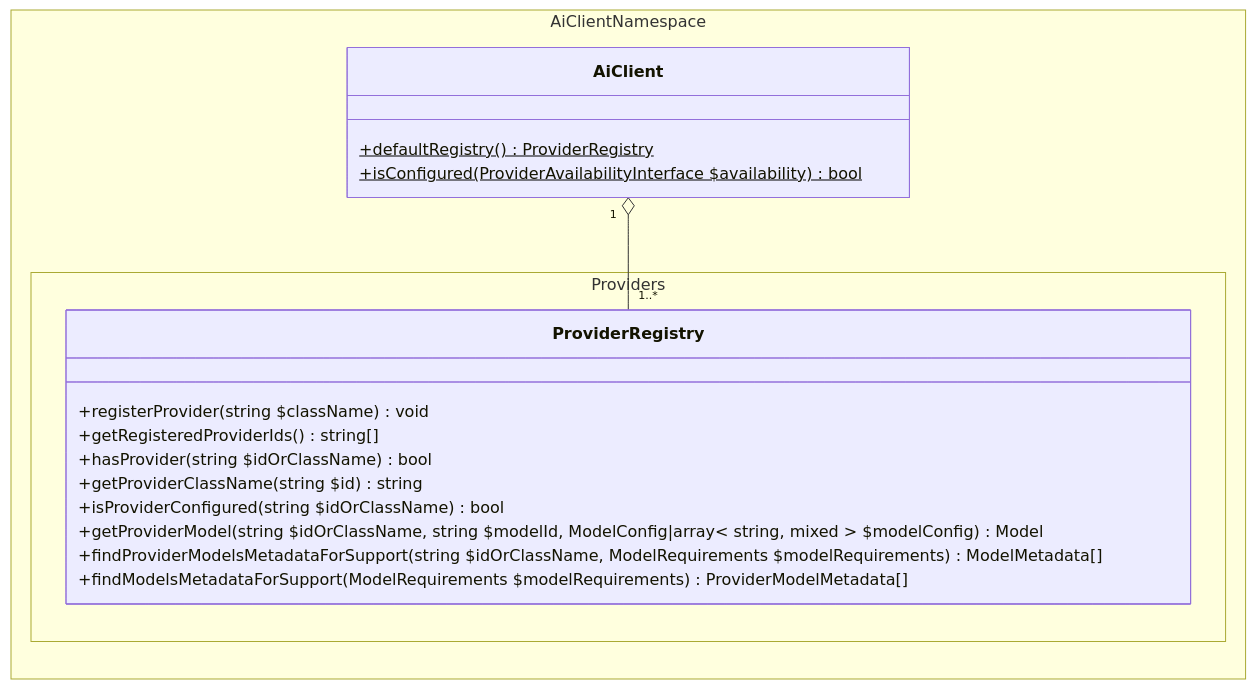
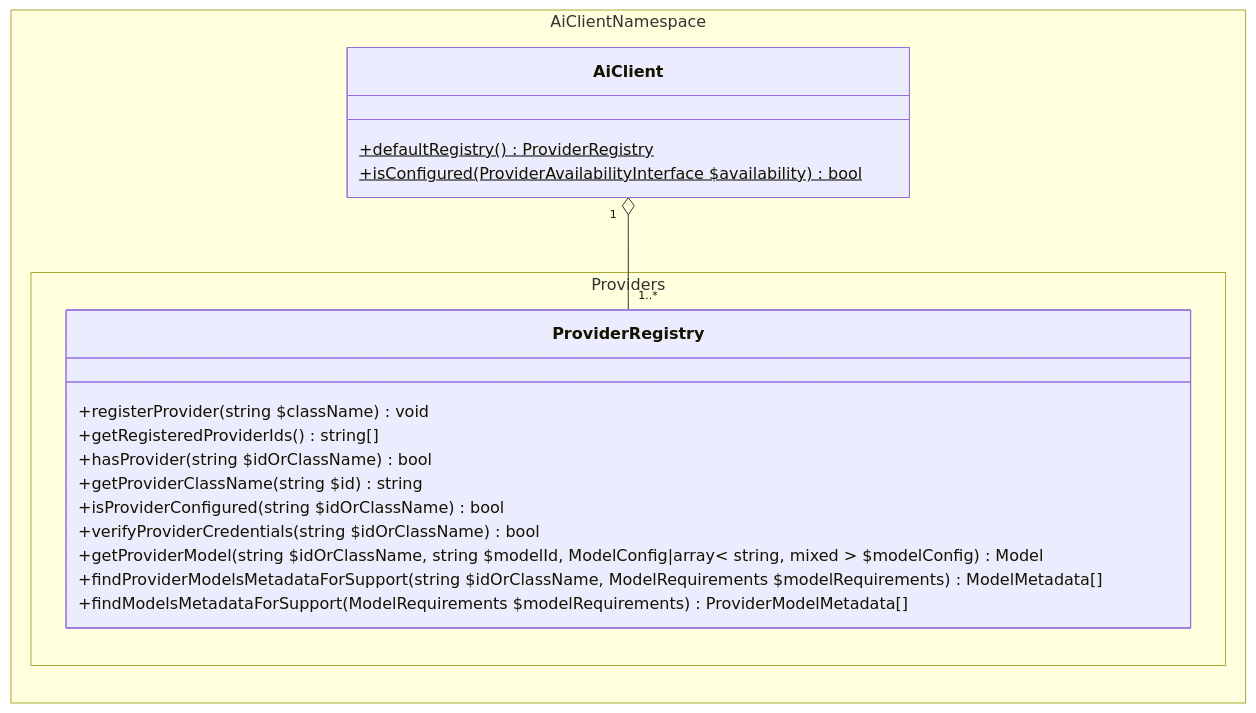
The third of 6 diagrams in docs/ARCHITECTURE.md (WordPress/php-ai-client), drawn with Mermaid before and after one commit. The commit also changed other lines of this file and 5 other files, not shown here.

First line of the commit message:
Add provider credentials verification

````diff
--- a/docs/ARCHITECTURE.md
+++ b/docs/ARCHITECTURE.md
@@ -515,29 +515,30 @@
 ```mermaid
 ---
 config:
   class:
     hideEmptyMembersBox: true
 ---
 classDiagram
 direction LR
     namespace AiClientNamespace {
         class AiClient {
             +defaultRegistry() ProviderRegistry$
             +isConfigured(ProviderAvailabilityInterface $availability) bool$
         }
     }
     namespace AiClientNamespace.Providers {
         class ProviderRegistry {
             +registerProvider(string $className) void
             +getRegisteredProviderIds() string[]
             +hasProvider(string $idOrClassName) bool
             +getProviderClassName(string $id) string
             +isProviderConfigured(string $idOrClassName) bool
+            +verifyProviderCredentials(string $idOrClassName) bool
             +getProviderModel(string $idOrClassName, string $modelId, ModelConfig|array< string, mixed > $modelConfig) Model
             +findProviderModelsMetadataForSupport(string $idOrClassName, ModelRequirements $modelRequirements) ModelMetadata[]
             +findModelsMetadataForSupport(ModelRequirements $modelRequirements) ProviderModelMetadata[]
         }
     }
 
     AiClient "1" o-- "1..*" ProviderRegistry
 ```
````
